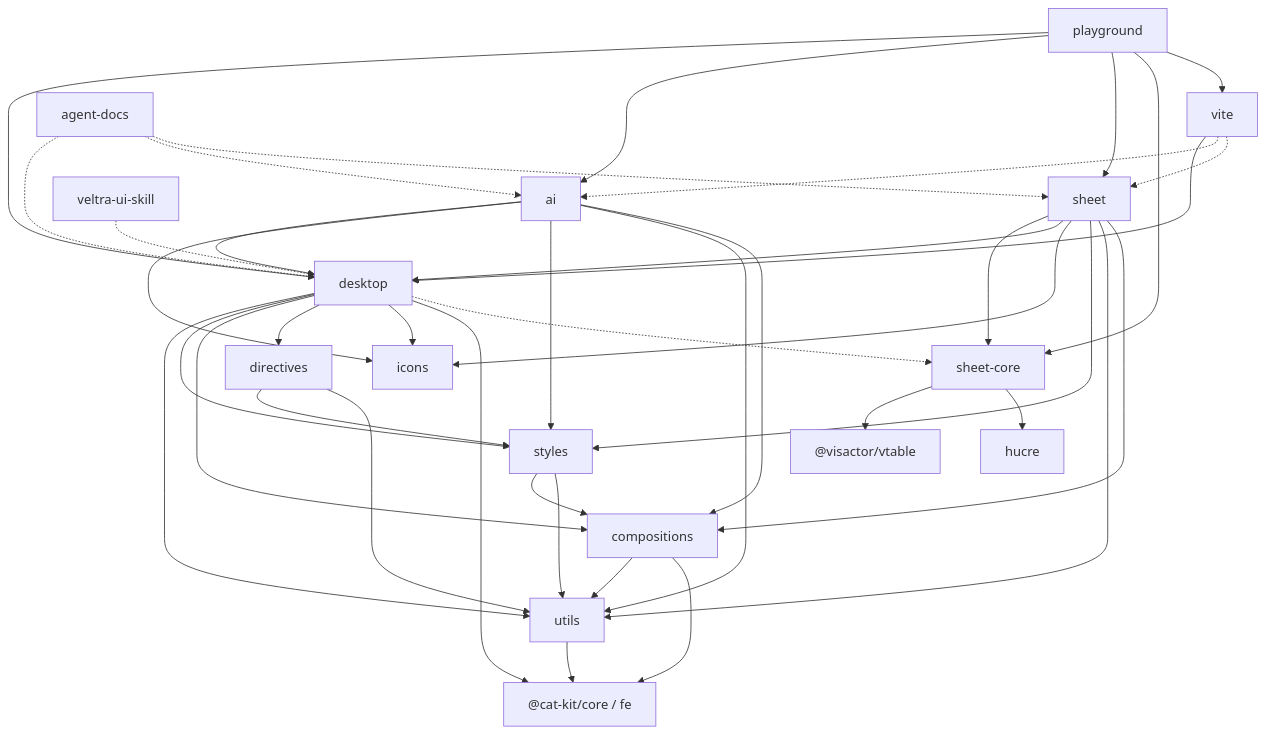
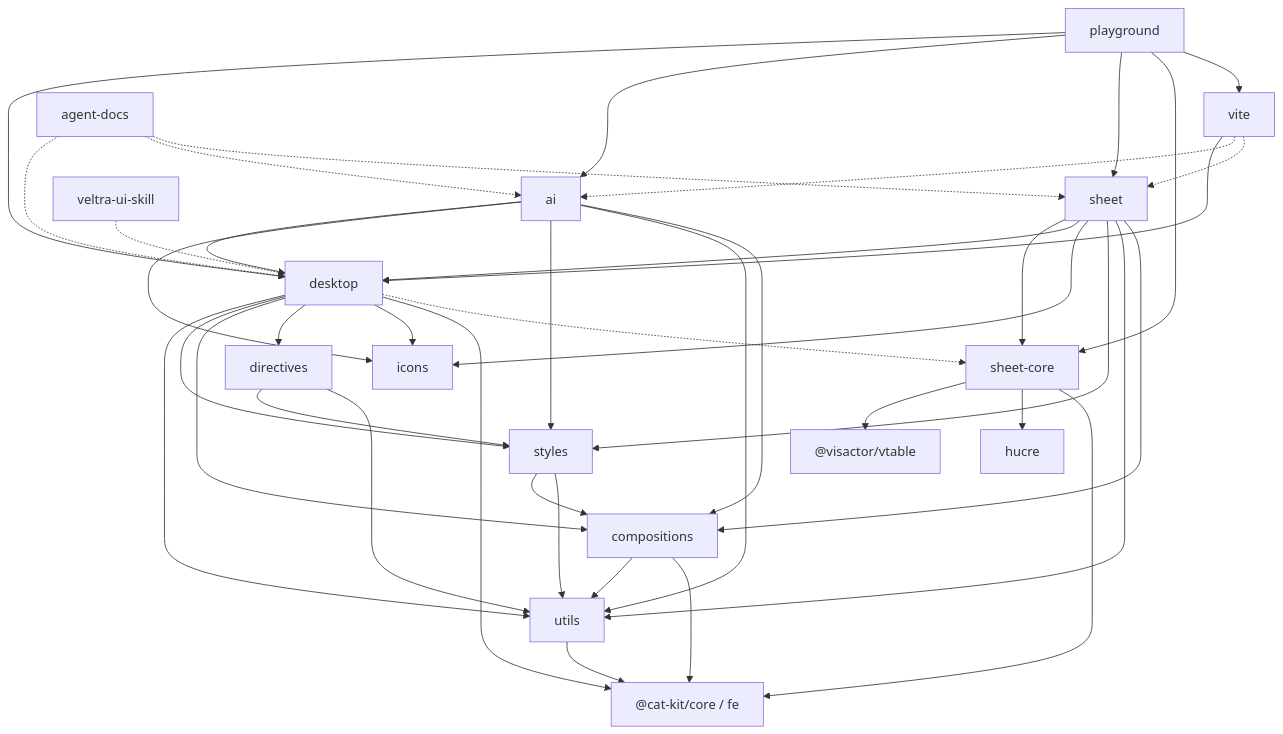
The diagram in .agents/docs/CODE-MAP.md (cabinet-fe/ultra-ui), drawn with Mermaid before and after one commit. The commit also changed 7 other files, not shown here.

First line of the commit message:
feat(sheet-core): 公式四则改走 $n 高精度

````diff
--- a/.agents/docs/CODE-MAP.md
+++ b/.agents/docs/CODE-MAP.md
@@ -58,57 +58,58 @@
 ```mermaid
 graph TD
   catkit["@cat-kit/core / fe"]
   utils["utils"]
   compositions["compositions"]
   styles["styles"]
   directives["directives"]
   icons["icons"]
   desktop["desktop"]
   sheetCore["sheet-core"]
   sheet["sheet"]
   ai["ai"]
   vitePkg["vite"]
   playground["playground"]
   skill["veltra-ui-skill"]
   agentDocs["agent-docs"]
 
   utils --> catkit
   compositions --> utils
   compositions --> catkit
   styles --> compositions
   styles --> utils
   directives --> styles
   directives --> utils
   desktop --> utils
   desktop --> styles
   desktop --> compositions
   desktop --> directives
   desktop --> icons
   desktop --> catkit
   desktop -.-> sheetCore
   sheetCore --> vtable["@visactor/vtable"]
   sheetCore --> hucre["hucre"]
+  sheetCore --> catkit
   sheet --> sheetCore
   sheet --> desktop
   sheet --> icons
   sheet --> styles
   sheet --> utils
   sheet --> compositions
   ai --> desktop
   ai --> icons
   ai --> styles
   ai --> utils
   ai --> compositions
   vitePkg --> desktop
   vitePkg -.-> ai
   vitePkg -.-> sheet
   playground --> desktop
   playground --> ai
   playground --> sheet
   playground --> sheetCore
   playground --> vitePkg
   skill -.-> desktop
   agentDocs -.-> desktop
   agentDocs -.-> ai
   agentDocs -.-> sheet
 ```
````
